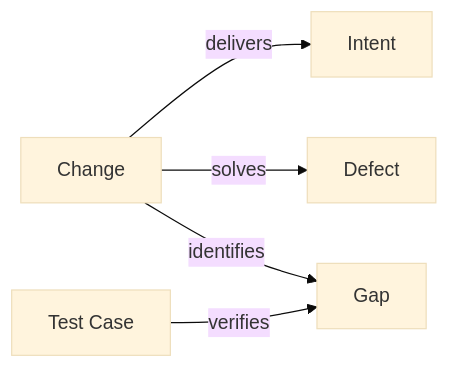
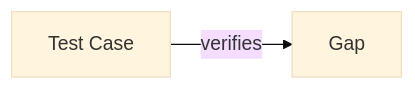
One commit to Kai-Hacks-AI/KAAL changed the diagram in engineering/metamodel/views/act.md. Above: the diagram before and after it, drawn with Mermaid (base theme). The commit also changed other lines of this file and 4 other files, not shown here.

````diff
--- a/engineering/metamodel/views/act.md
+++ b/engineering/metamodel/views/act.md
@@ -14,7 +14,4 @@
 ```mermaid
 flowchart LR
-  Change -->|delivers| Intent
-  Change -->|solves| Defect
-  Change -->|identifies| Gap
   TestCase["Test Case"] -->|verifies| Gap
 ```
````
